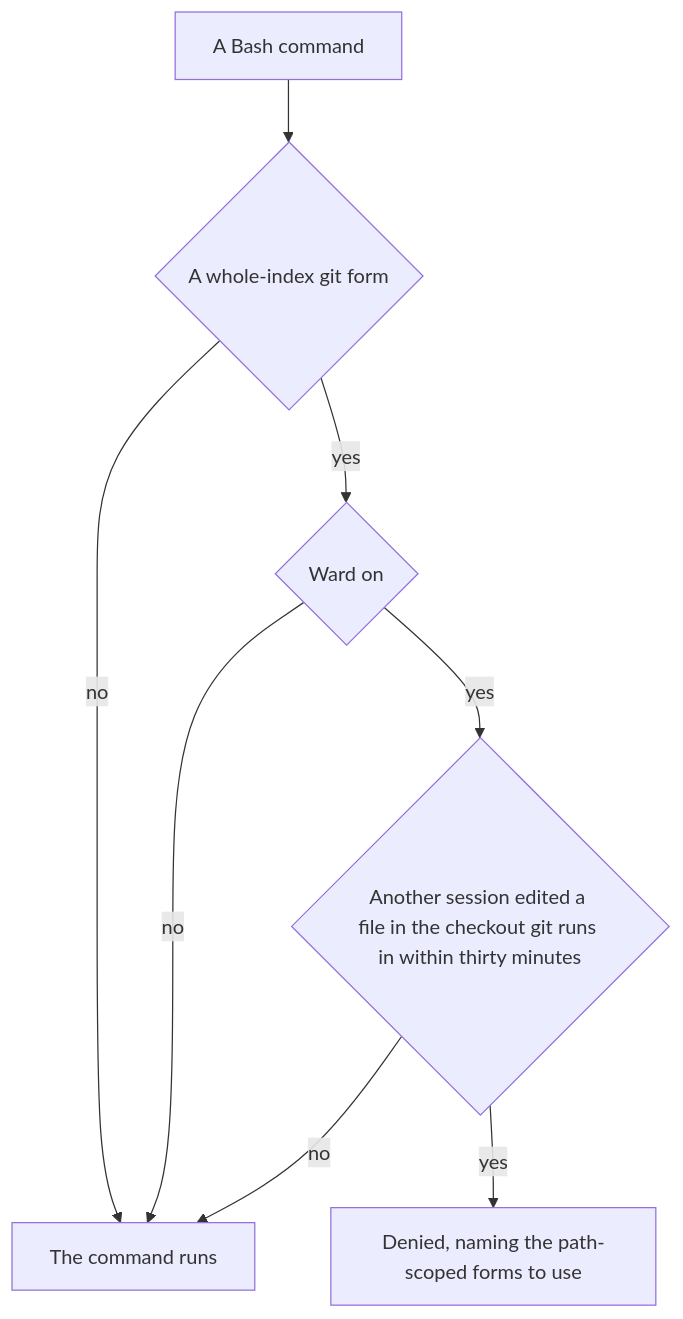
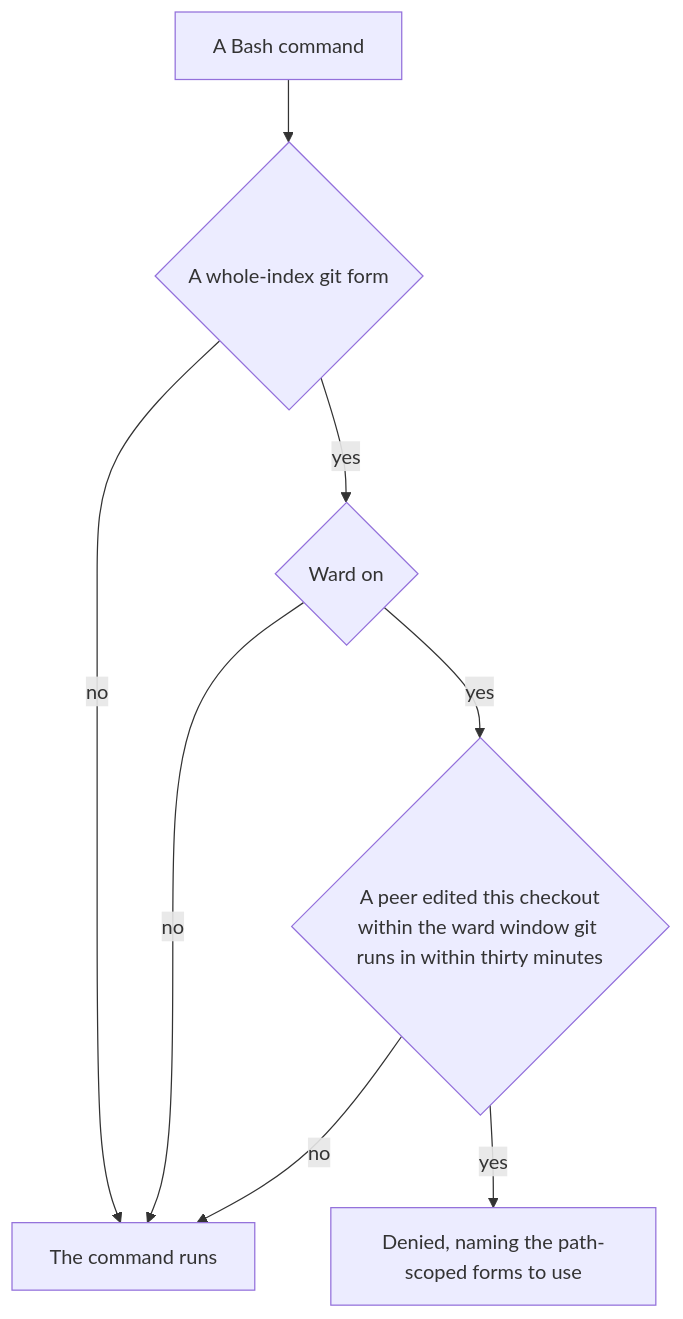
The diagram in openspec/specs/infra/claude-interface/genshin-mods/whole-index/design.md (Esposter/Esposter), drawn with Mermaid before and after one commit. The commit also changed 3 other files, not shown here.

````diff
--- a/openspec/specs/infra/claude-interface/genshin-mods/whole-index/design.md
+++ b/openspec/specs/infra/claude-interface/genshin-mods/whole-index/design.md
@@ -20,10 +20,10 @@
 ```mermaid
 flowchart TD
   Command[A Bash command] --> Form{A whole-index git form}
   Form -->|no| Run[The command runs]
   Form -->|yes| Ward{Ward on}
   Ward -->|no| Run
-  Ward -->|yes| Peer{Another session edited a file in the checkout git runs in within thirty minutes}
+  Ward -->|yes| Peer{A peer edited this checkout<br/>within the ward window git runs in within thirty minutes}
   Peer -->|no| Run
   Peer -->|yes| Deny[Denied, naming the path-scoped forms to use]
 ```
````
